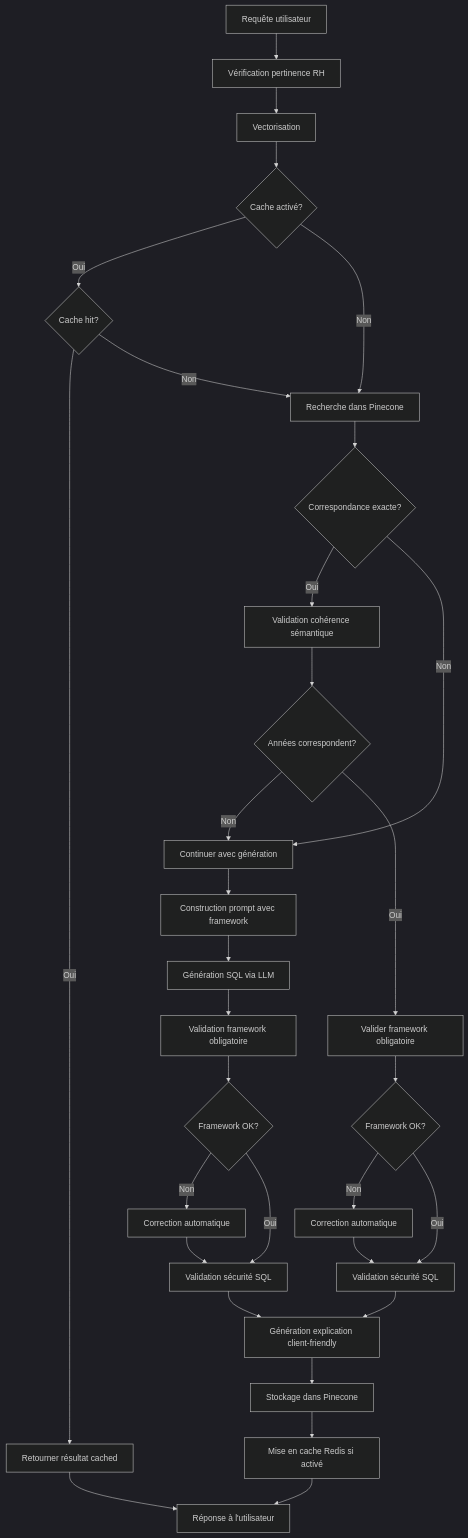
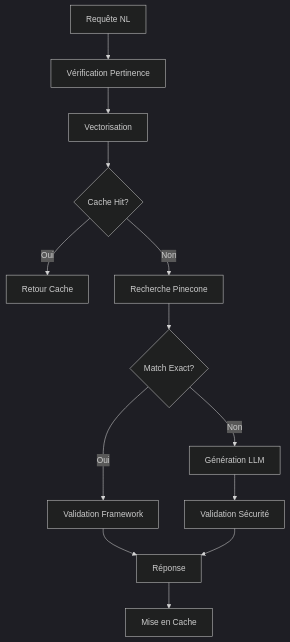
Before and after one commit to Theosutra/api: the diagram in README.md, drawn with Mermaid (dark theme). The commit also changed other lines of this file and 4 other files, not shown here.

````diff
--- a/README.md
+++ b/README.md
@@ -327,33 +36,15 @@
 ```mermaid
-graph TD
-    A[Requête utilisateur] --> B[Vérification pertinence RH]
+graph TB
+    A[Requête NL] --> B[Vérification Pertinence]
     B --> C[Vectorisation]
-    C --> D{Cache activé?}
-    D -->|Oui| E{Cache hit?}
-    E -->|Oui| F[Retourner résultat cached]
-    E -->|Non| G[Recherche dans Pinecone]
-    D -->|Non| G
-    G --> H{Correspondance exacte?}
-    H -->|Oui| I[Validation cohérence sémantique]
-    I --> J{Années correspondent?}
-    J -->|Non| K[Continuer avec génération]
-    J -->|Oui| L[Valider framework obligatoire]
-    L --> M{Framework OK?}
-    M -->|Non| N[Correction automatique]
-    N --> O[Validation sécurité SQL]
-    M -->|Oui| O
-    H -->|Non| K
-    K --> P[Construction prompt avec framework]
-    P --> Q[Génération SQL via LLM]
-    Q --> R[Validation framework obligatoire]
-    R --> S{Framework OK?}
-    S -->|Non| T[Correction automatique]
-    T --> U[Validation sécurité SQL]
-    S -->|Oui| U
-    U --> V[Génération explication client-friendly]
-    V --> W[Stockage dans Pinecone]
-    W --> X[Mise en cache Redis si activé]
-    X --> Y[Réponse à l'utilisateur]
-    O --> V
-    F --> Y
+    C --> D{Cache Hit?}
+    D -->|Oui| E[Retour Cache]
+    D -->|Non| F[Recherche Pinecone]
+    F --> G{Match Exact?}
+    G -->|Oui| H[Validation Framework]
+    G -->|Non| I[Génération LLM]
+    I --> J[Validation Sécurité]
+    H --> K[Réponse]
+    J --> K
+    K --> L[Mise en Cache]
 ```
````
